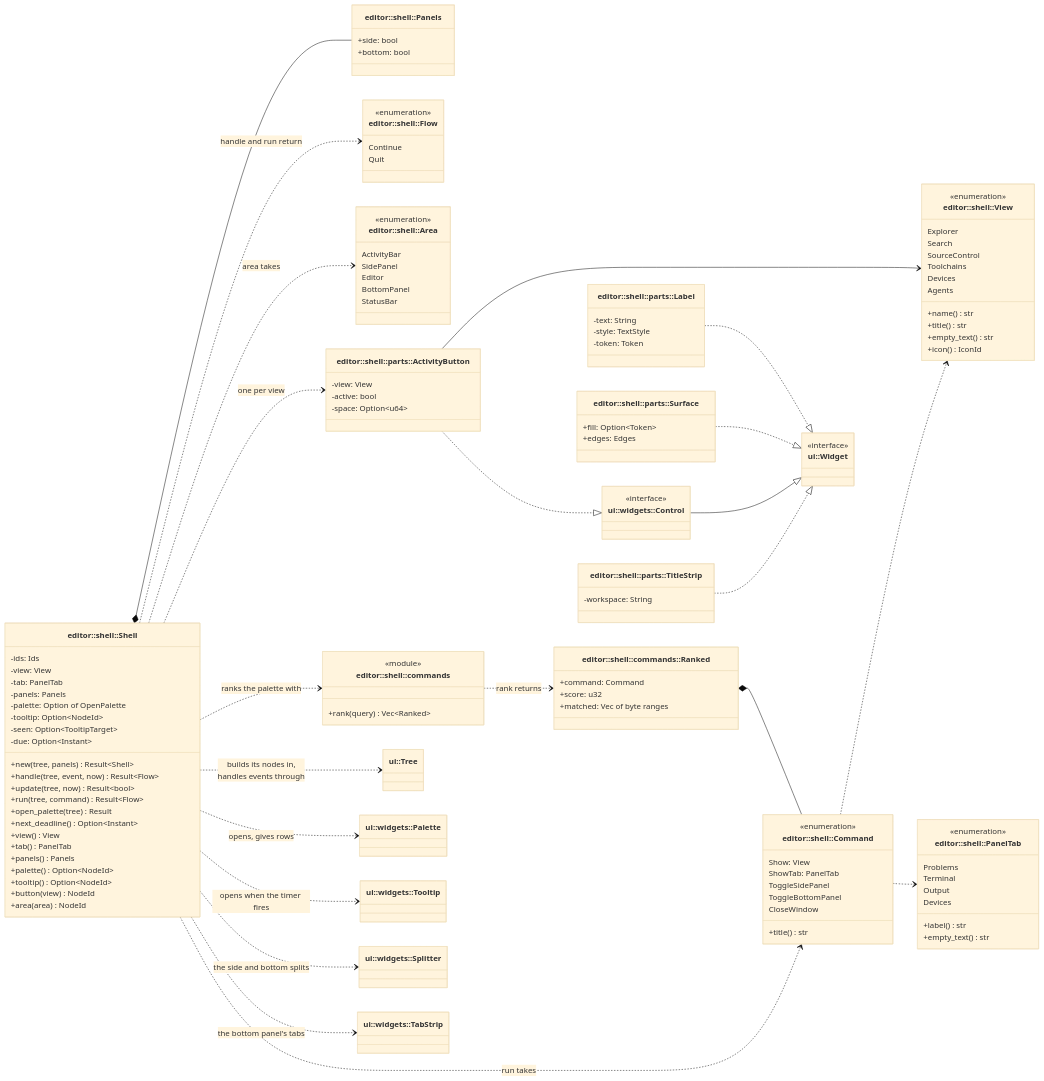
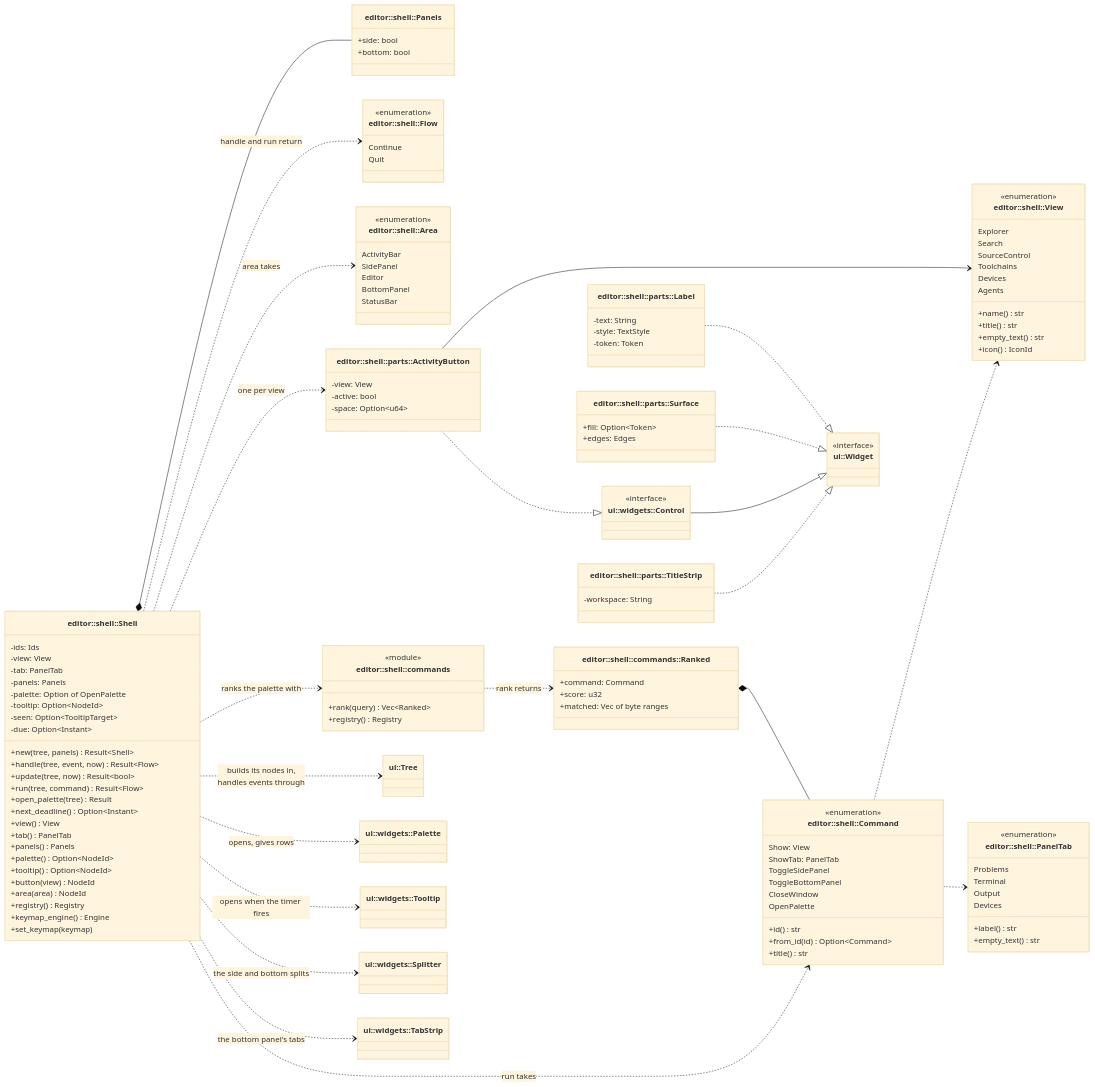
One commit to jabbott-iii/Tidepool changed diagram 51 of 54 in diagrams/class-diagrams.md. Above: the diagram before and after it, drawn with Mermaid (base theme). The commit also changed other lines of this file and 41 other files, not shown here.

```diff
--- a/diagrams/class-diagrams.md
+++ b/diagrams/class-diagrams.md
@@ -5398,6 +5403,9 @@
         +tooltip() Option~NodeId~
         +button(view) NodeId
         +area(area) NodeId
+        +registry() Registry
+        +keymap_engine() Engine
+        +set_keymap(keymap)
     }
     class Panels["editor::shell::Panels"] {
         +side: bool
@@ -5445,6 +5453,9 @@
         ToggleSidePanel
         ToggleBottomPanel
         CloseWindow
+        OpenPalette
+        +id() str
+        +from_id(id) Option~Command~
         +title() str
     }
     class Ranked["editor::shell::commands::Ranked"] {
@@ -5455,6 +5466,7 @@
     class CommandsFns["editor::shell::commands"] {
         <<module>>
         +rank(query) Vec~Ranked~
+        +registry() Registry
     }
     class TitleStrip["editor::shell::parts::TitleStrip"] {
         -workspace: String
```
